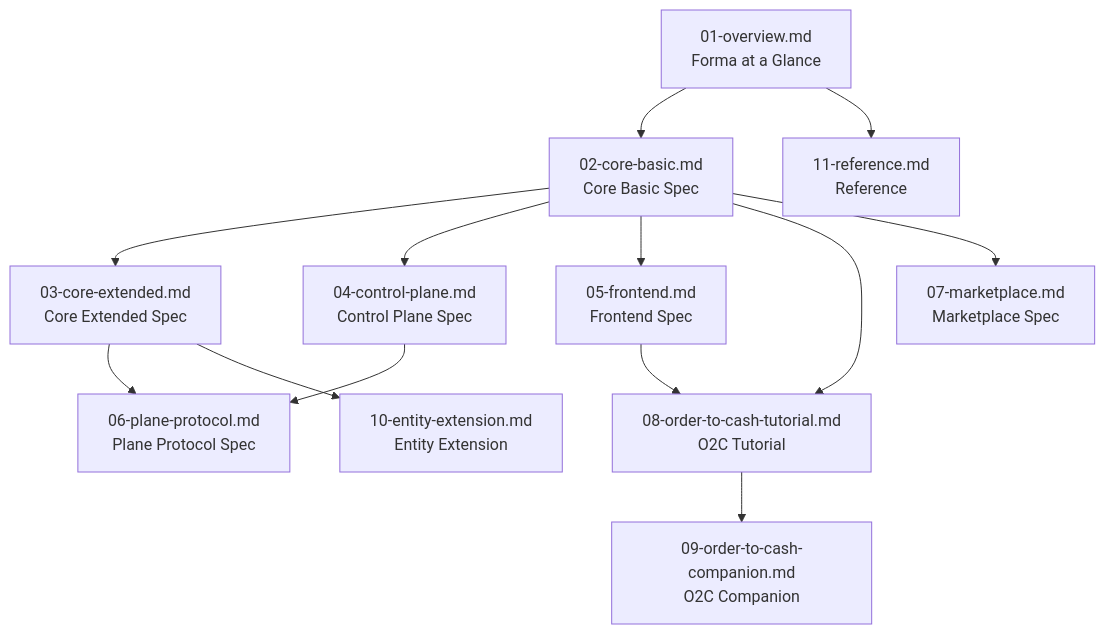
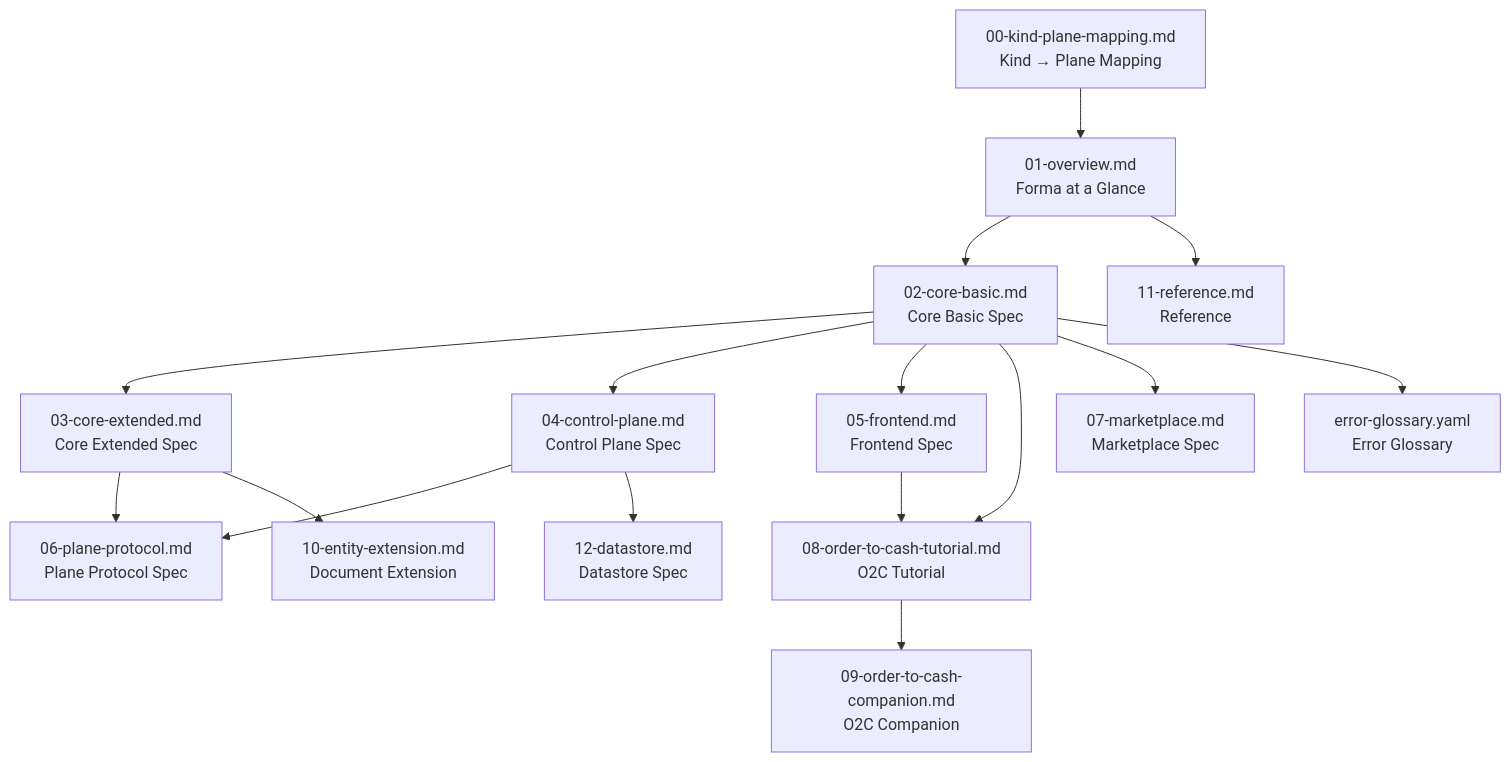
One commit to primadi/formspec changed the diagram in docs/spec/README.md. Above: the diagram before and after it, drawn with Mermaid. The commit also changed other lines of this file and 209 other files, not shown here.

Commit message:
feat: implement plane protocol, sidecar, operator, and document model lifecycle

````diff
--- a/docs/spec/README.md
+++ b/docs/spec/README.md
@@ -12,27 +12,33 @@
 ```mermaid
 graph TD
+    mapping[00-kind-plane-mapping.md<br/>Kind → Plane Mapping]
     overview[01-overview.md<br/>Forma at a Glance]
     core-basic[02-core-basic.md<br/>Core Basic Spec]
     core-ext[03-core-extended.md<br/>Core Extended Spec]
     control[04-control-plane.md<br/>Control Plane Spec]
     frontend[05-frontend.md<br/>Frontend Spec]
     protocol[06-plane-protocol.md<br/>Plane Protocol Spec]
     marketplace[07-marketplace.md<br/>Marketplace Spec]
     tutorial[08-order-to-cash-tutorial.md<br/>O2C Tutorial]
     companion[09-order-to-cash-companion.md<br/>O2C Companion]
-    extension[10-entity-extension.md<br/>Entity Extension]
+    extension[10-entity-extension.md<br/>Document Extension]
     reference[11-reference.md<br/>Reference]
+    datastore[12-datastore.md<br/>Datastore Spec]
+    errors[error-glossary.yaml<br/>Error Glossary]
 
+    mapping --> overview
     overview --> core-basic
     overview --> reference
     core-basic --> core-ext
     core-basic --> control
     core-basic --> frontend
     core-basic --> tutorial
     core-basic --> marketplace
     core-ext --> protocol
     control --> protocol
+    control --> datastore
     frontend --> tutorial
     tutorial --> companion
+    core-basic --> errors
     core-ext --> extension
 ```
````
